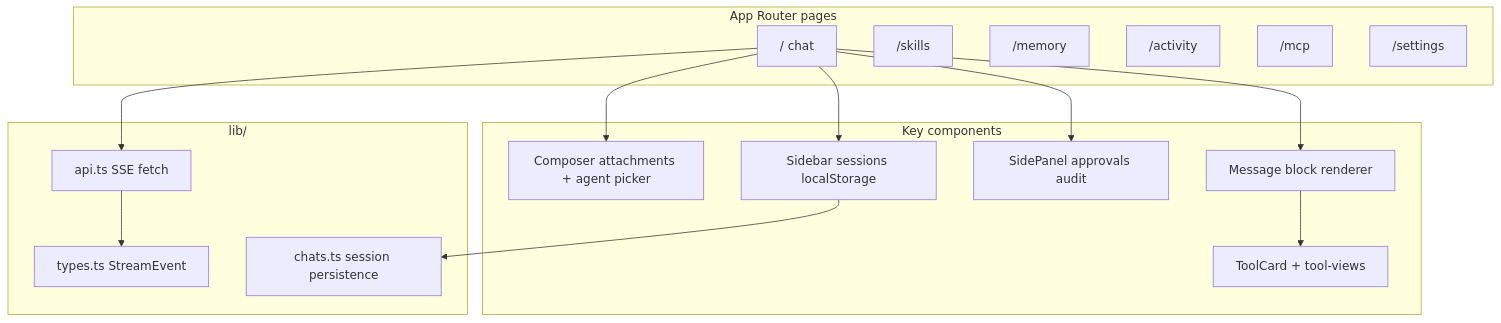
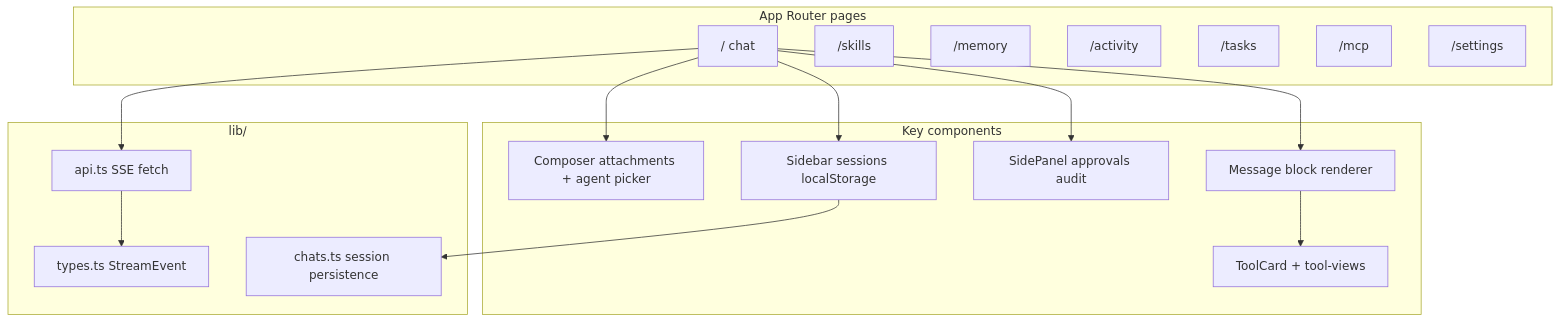
Before and after one commit to karanxa1/friday-agent: the seventh of 9 diagrams in docs/ARCHITECTURE.md, drawn with Mermaid. The commit also changed other lines of this file and 7 other files, not shown here.

````diff
--- a/docs/ARCHITECTURE.md
+++ b/docs/ARCHITECTURE.md
@@ -227,34 +228,35 @@
 ```mermaid
 flowchart TB
   subgraph pages [App Router pages]
     Home["/ chat"]
     SkillsPage["/skills"]
     MemoryPage["/memory"]
     ActivityPage["/activity"]
+    TasksPage["/tasks"]
     MCPPage["/mcp"]
     SettingsPage["/settings"]
   end
 
   subgraph components [Key components]
     Composer[Composer attachments + agent picker]
     Message[Message block renderer]
     ToolCard[ToolCard + tool-views]
     SidePanel[SidePanel approvals audit]
     Sidebar[Sidebar sessions localStorage]
   end
 
   subgraph lib [lib/]
     ApiTS[api.ts SSE fetch]
     TypesTS[types.ts StreamEvent]
     ChatsTS[chats.ts session persistence]
   end
 
   Home --> Composer
   Home --> Message
   Home --> SidePanel
   Home --> Sidebar
   Message --> ToolCard
   Home --> ApiTS
   ApiTS --> TypesTS
   Sidebar --> ChatsTS
 ```
````
